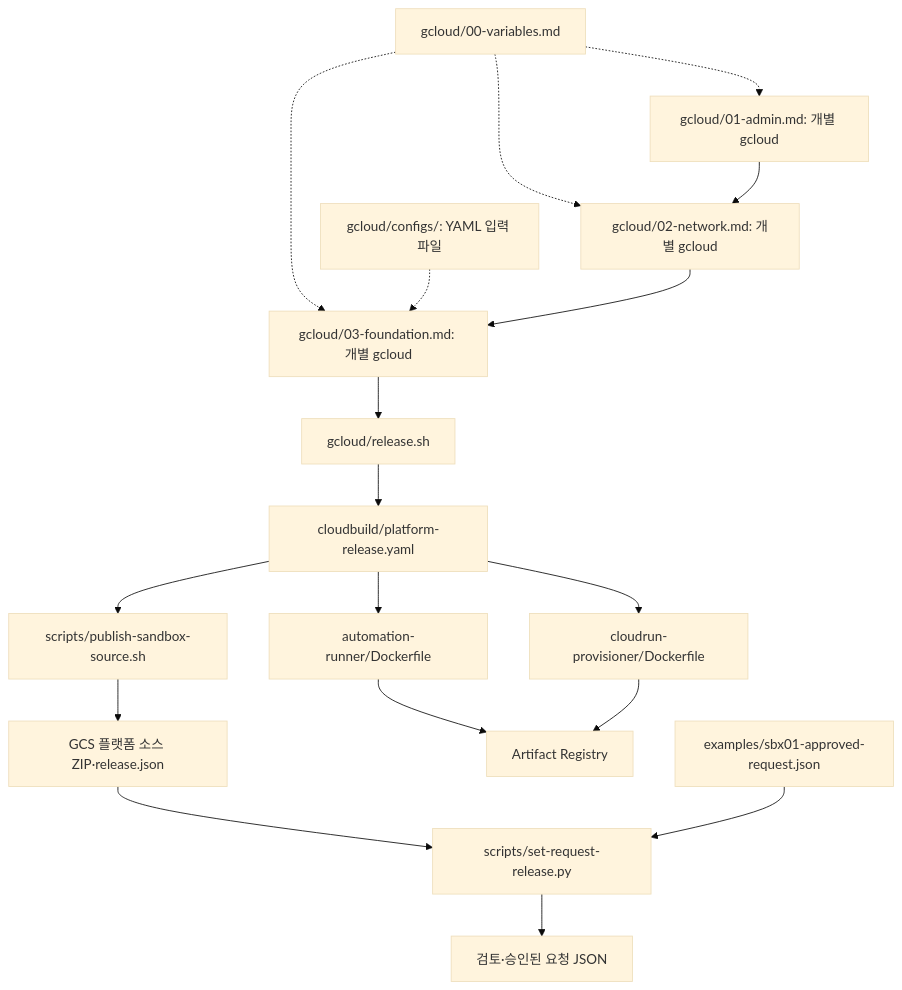
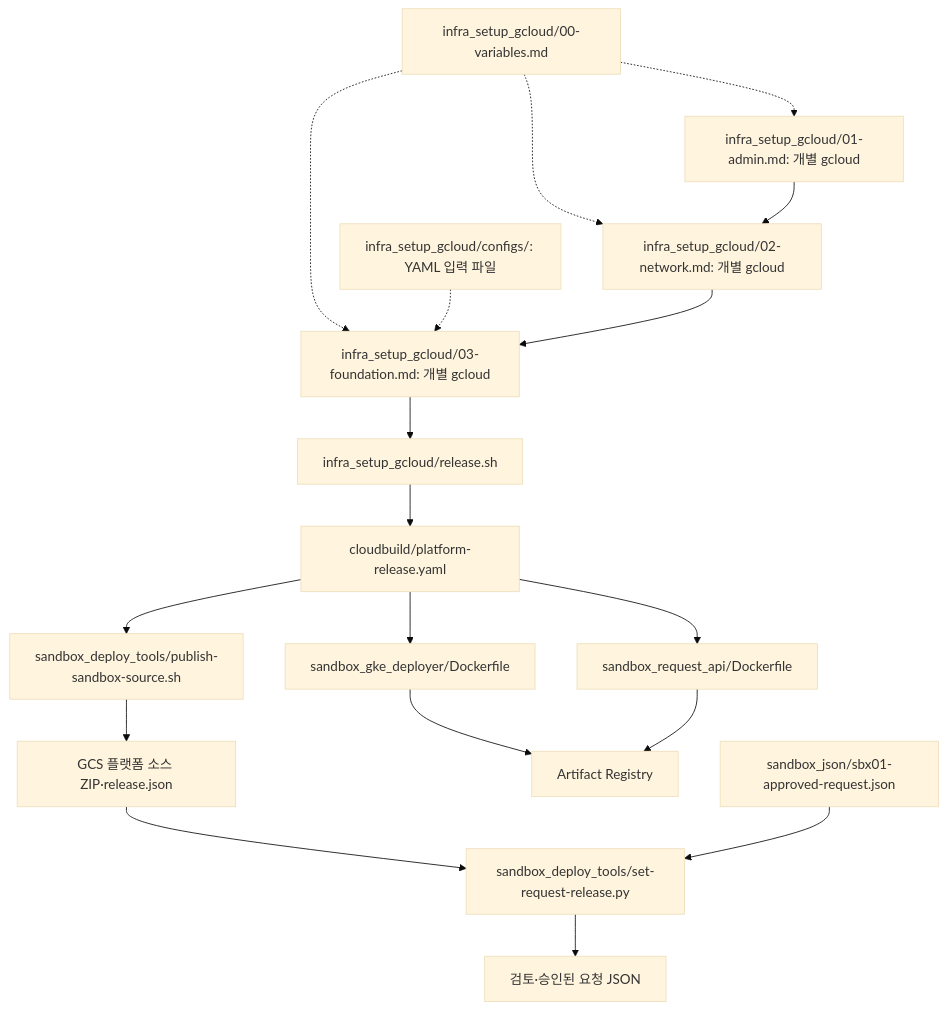
One commit to sonmap/GCP_SBX_Test01 changed the first of 3 diagrams in docs/file-relationships.md. Above: the diagram before and after it, drawn with Mermaid (base theme). The commit also changed other lines of this file and 66 other files, not shown here.

````diff
--- a/docs/file-relationships.md
+++ b/docs/file-relationships.md
@@ -5,20 +5,20 @@
 ```mermaid
 flowchart TD
-  CFG["gcloud/00-variables.md"] -.-> A["gcloud/01-admin.md: 개별 gcloud"]
-  CFG -.-> N["gcloud/02-network.md: 개별 gcloud"]
-  CFG -.-> F["gcloud/03-foundation.md: 개별 gcloud"]
-  Y["gcloud/configs/: YAML 입력 파일"] -.-> F
+  CFG["infra_setup_gcloud/00-variables.md"] -.-> A["infra_setup_gcloud/01-admin.md: 개별 gcloud"]
+  CFG -.-> N["infra_setup_gcloud/02-network.md: 개별 gcloud"]
+  CFG -.-> F["infra_setup_gcloud/03-foundation.md: 개별 gcloud"]
+  Y["infra_setup_gcloud/configs/: YAML 입력 파일"] -.-> F
   A --> N
   N --> F
-  F --> REL["gcloud/release.sh"]
+  F --> REL["infra_setup_gcloud/release.sh"]
   REL --> YAML["cloudbuild/platform-release.yaml"]
-  YAML --> RD["automation-runner/Dockerfile"]
-  YAML --> PD["cloudrun-provisioner/Dockerfile"]
-  YAML --> ZIP["scripts/publish-sandbox-source.sh"]
+  YAML --> RD["sandbox_gke_deployer/Dockerfile"]
+  YAML --> PD["sandbox_request_api/Dockerfile"]
+  YAML --> ZIP["sandbox_deploy_tools/publish-sandbox-source.sh"]
   ZIP --> SRC["GCS 플랫폼 소스 ZIP·release.json"]
   RD --> AR["Artifact Registry"]
   PD --> AR
-  SRC --> SET["scripts/set-request-release.py"]
-  EX["examples/sbx01-approved-request.json"] --> SET
+  SRC --> SET["sandbox_deploy_tools/set-request-release.py"]
+  EX["sandbox_json/sbx01-approved-request.json"] --> SET
   SET --> APPROVED["검토·승인된 요청 JSON"]
 ```
````
